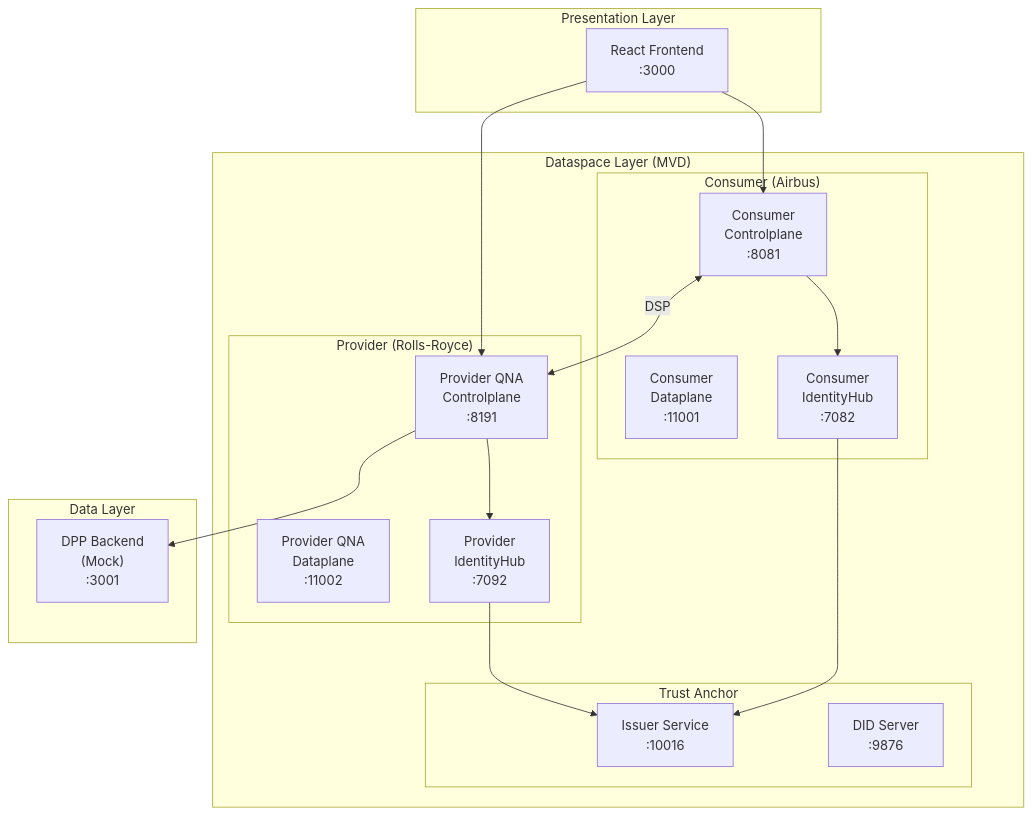
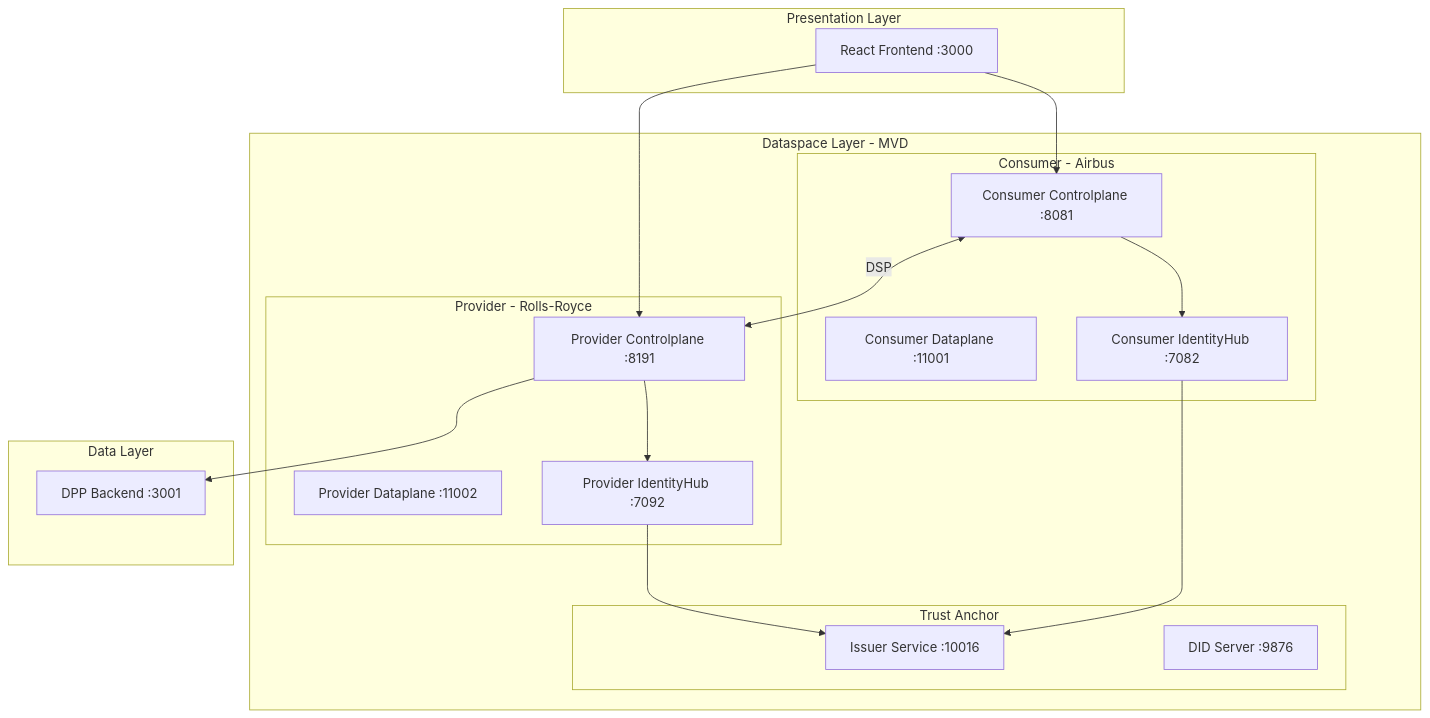
Before and after one commit to ma3u/MinimumViableDataspace: the second of 8 diagrams in AEROSPACE-DEMO-README.md, drawn with Mermaid. The commit also changed other lines of this file, not shown here.

Commit message:
fix: Remove all newline characters from Mermaid diagram labels

````diff
--- a/AEROSPACE-DEMO-README.md
+++ b/AEROSPACE-DEMO-README.md
@@ -105,38 +105,38 @@
 ```mermaid
 flowchart TB
     subgraph Presentation["Presentation Layer"]
-        FE["React Frontend\n:3000"]
+        FE["React Frontend :3000"]
     end
     
-    subgraph Dataspace["Dataspace Layer (MVD)"]
-        subgraph Consumer["Consumer (Airbus)"]
-            CC["Consumer\nControlplane\n:8081"]
-            CD["Consumer\nDataplane\n:11001"]
-            CIH["Consumer\nIdentityHub\n:7082"]
+    subgraph Dataspace["Dataspace Layer - MVD"]
+        subgraph Consumer["Consumer - Airbus"]
+            CC["Consumer Controlplane :8081"]
+            CD["Consumer Dataplane :11001"]
+            CIH["Consumer IdentityHub :7082"]
         end
         
-        subgraph Provider["Provider (Rolls-Royce)"]
-            PC["Provider QNA\nControlplane\n:8191"]
-            PD["Provider QNA\nDataplane\n:11002"]
-            PIH["Provider\nIdentityHub\n:7092"]
+        subgraph Provider["Provider - Rolls-Royce"]
+            PC["Provider Controlplane :8191"]
+            PD["Provider Dataplane :11002"]
+            PIH["Provider IdentityHub :7092"]
         end
         
         subgraph Trust["Trust Anchor"]
-            ISS["Issuer Service\n:10016"]
-            NGINX["DID Server\n:9876"]
+            ISS["Issuer Service :10016"]
+            NGINX["DID Server :9876"]
         end
     end
     
     subgraph Data["Data Layer"]
-        BE["DPP Backend\n(Mock)\n:3001"]
+        BE["DPP Backend :3001"]
     end
     
     FE --> CC
     FE --> PC
     CC <--> |DSP| PC
     CC --> CIH
     PC --> PIH
     CIH --> ISS
     PIH --> ISS
     PC --> BE
 ```
````
